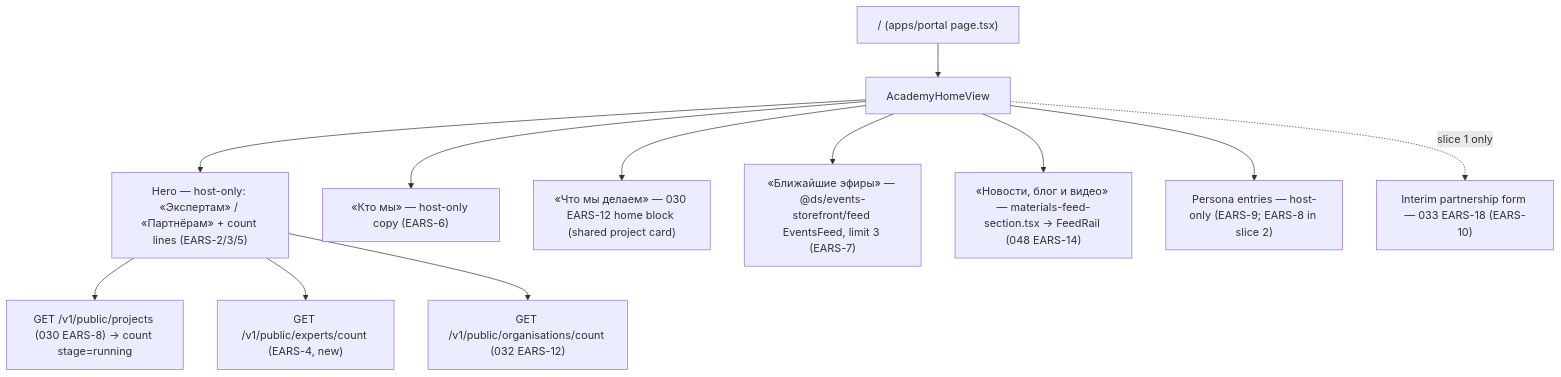
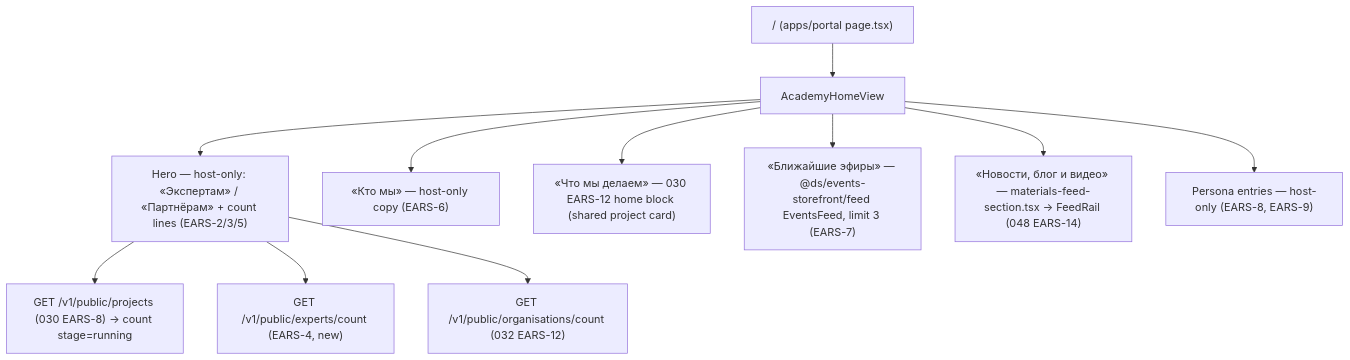
One commit to doctor-school/ds-platform changed the first of 2 diagrams in apps/docs/content/specs/features/029-academy-home-relaunch/029-design.md. Above: the diagram before and after it, drawn with Mermaid. The commit also changed other lines of this file and 7 other files, not shown here.

````diff
--- a/apps/docs/content/specs/features/029-academy-home-relaunch/029-design.md
+++ b/apps/docs/content/specs/features/029-academy-home-relaunch/029-design.md
@@ -17,14 +17,13 @@
 ```mermaid
 flowchart TD
   P["/ (apps/portal page.tsx)"] --> V[AcademyHomeView]
   V --> H["Hero — host-only: «Экспертам» / «Партнёрам» + count lines (EARS-2/3/5)"]
   V --> W["«Кто мы» — host-only copy (EARS-6)"]
   V --> PR["«Что мы делаем» — 030 EARS-12 home block (shared project card)"]
   V --> EV["«Ближайшие эфиры» — @ds/events-storefront/feed EventsFeed, limit 3 (EARS-7)"]
   V --> MF["«Новости, блог и видео» — materials-feed-section.tsx → FeedRail (048 EARS-14)"]
-  V --> PE["Persona entries — host-only (EARS-9; EARS-8 in slice 2)"]
-  V -. slice 1 only .-> LF["Interim partnership form — 033 EARS-18 (EARS-10)"]
+  V --> PE["Persona entries — host-only (EARS-8, EARS-9)"]
   H --> C1["GET /v1/public/projects (030 EARS-8) → count stage=running"]
   H --> C2["GET /v1/public/experts/count (EARS-4, new)"]
   H --> C3["GET /v1/public/organisations/count (032 EARS-12)"]
 ```
````
